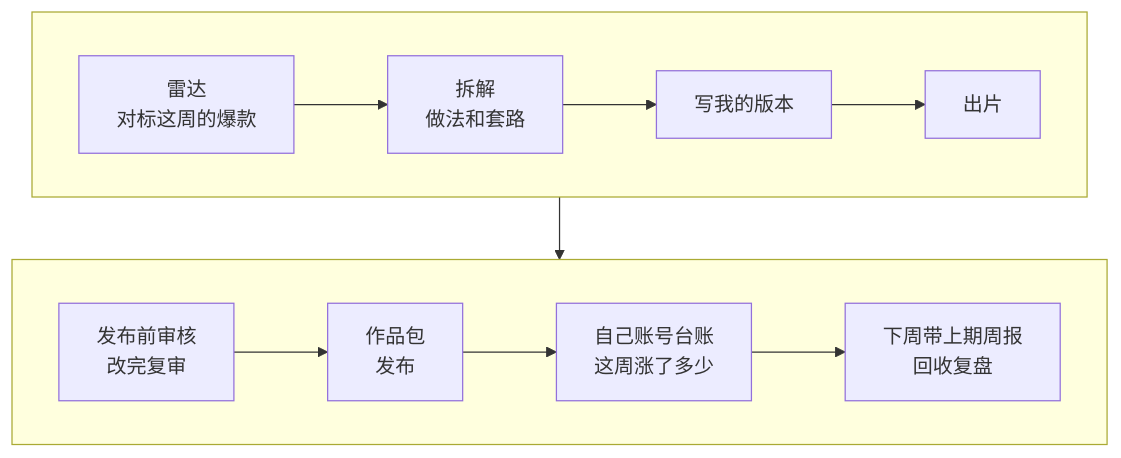
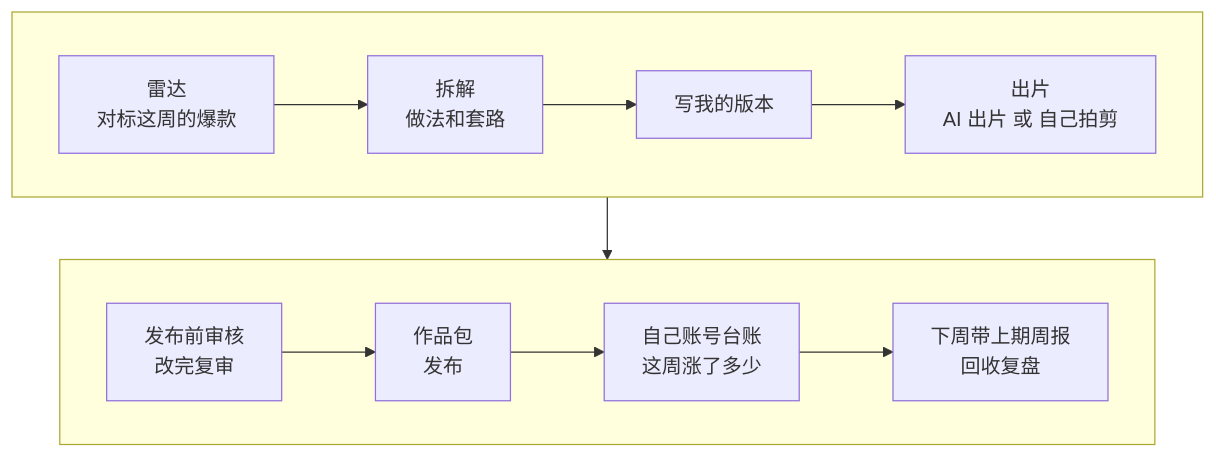
The diagram in 自媒体教程/课程/07-结课：用自己的账号跑一遍.md (JuneYaooo/media-teach), drawn with Mermaid before and after one commit. The commit also changed other lines of this file and 46 other files, not shown here.

````diff
--- a/自媒体教程/课程/07-结课：用自己的账号跑一遍.md
+++ b/自媒体教程/课程/07-结课：用自己的账号跑一遍.md
@@ -15,12 +17,12 @@
 ```mermaid
 flowchart TB
   subgraph R1[" "]
     direction LR
-    A[雷达<br>对标这周的爆款] --> B[拆解<br>做法和套路] --> C[写我的版本] --> D[出片]
+    A[雷达<br>对标这周的爆款] --> B[拆解<br>做法和套路] --> C[写我的版本] --> D[出片<br>AI 出片 或 自己拍剪]
   end
   subgraph R2[" "]
     direction LR
     E[发布前审核<br>改完复审] --> F[作品包<br>发布] --> G[自己账号台账<br>这周涨了多少] --> H[下周带上期周报<br>回收复盘]
   end
   R1 --> R2
 ```
````
